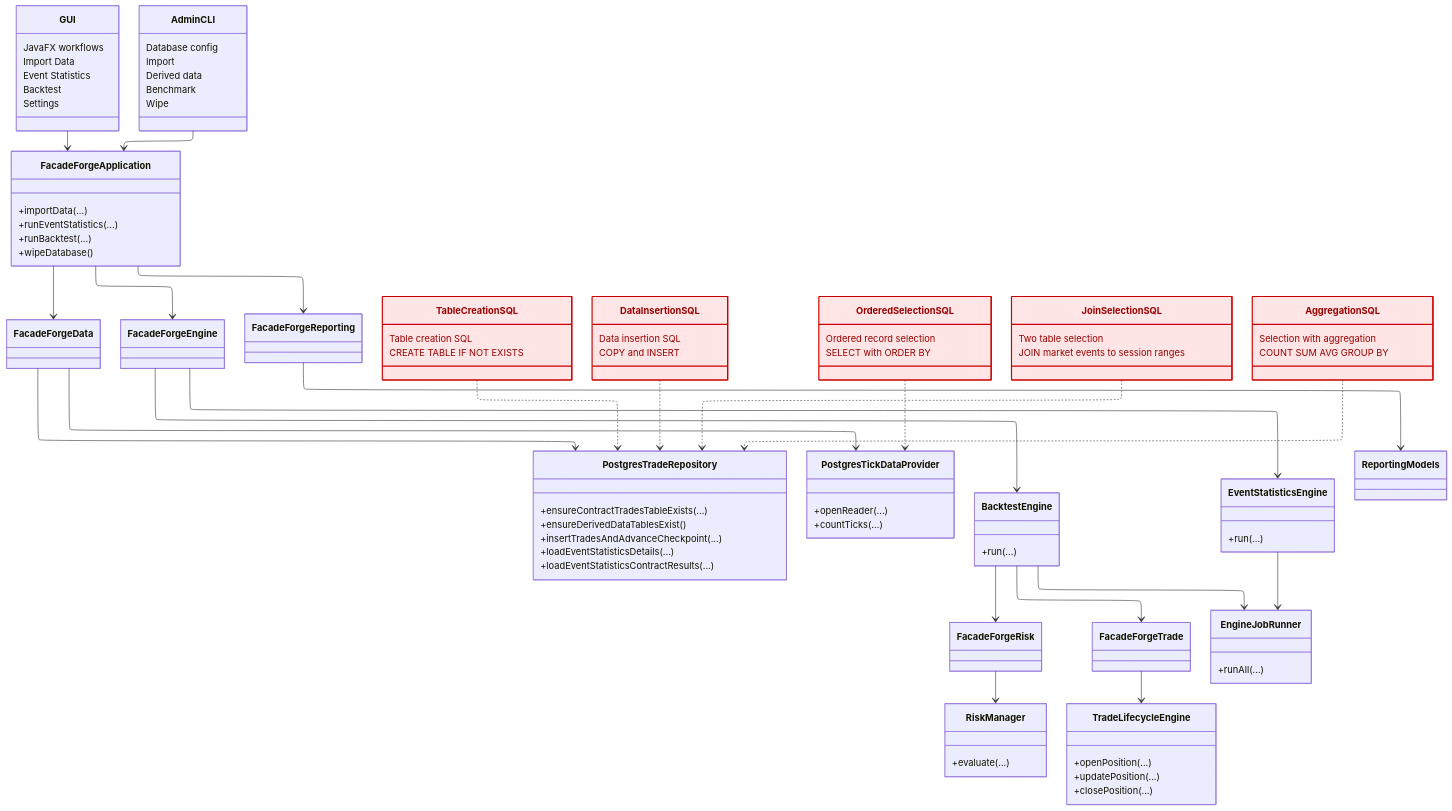
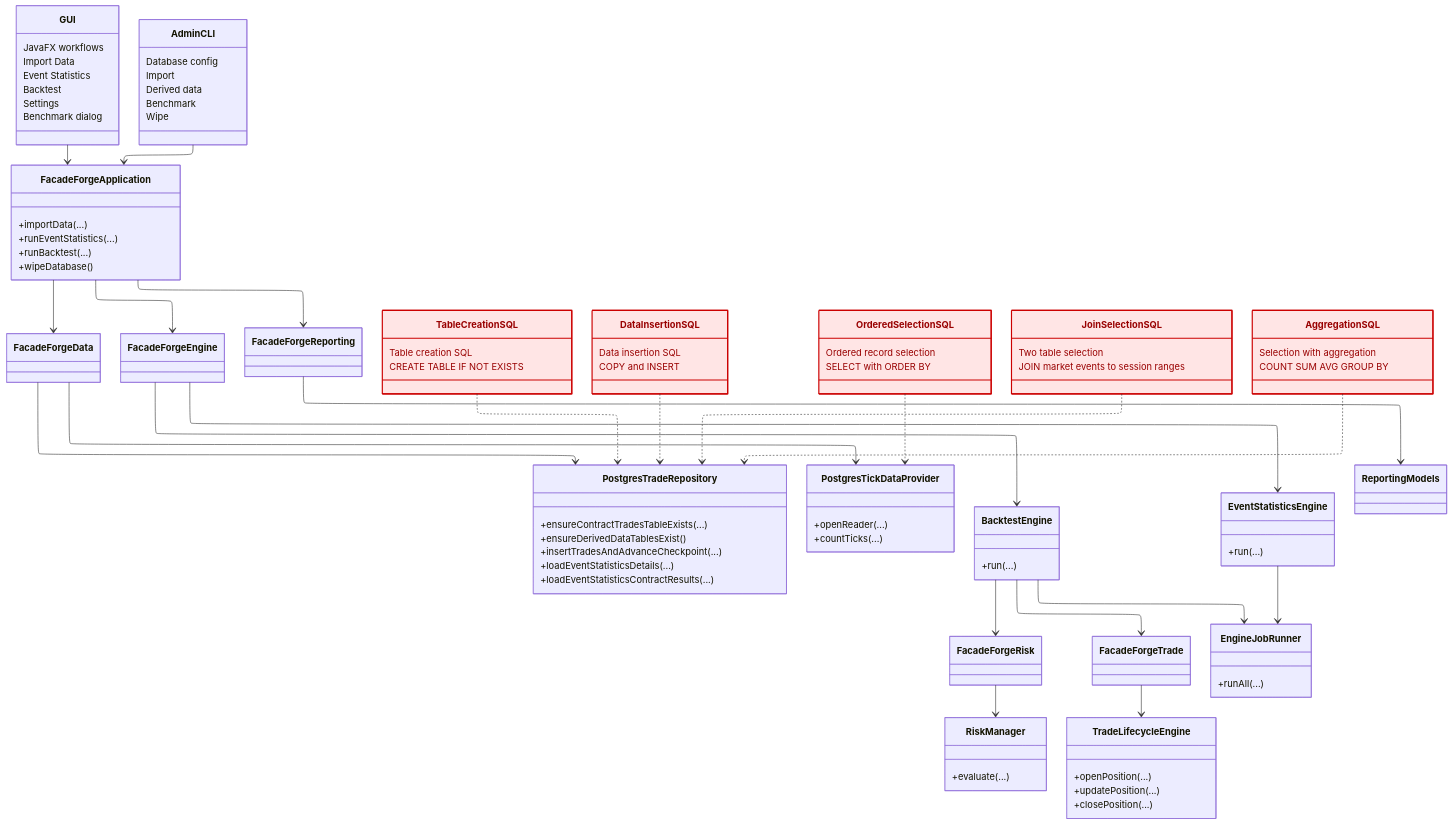
One commit to probst-paul/FORGE changed the diagram in docs/diagrams/class-model.md. Above: the diagram before and after it, drawn with Mermaid. The commit also changed 12 other files, not shown here.

First line of the commit message:
Add GUI benchmark workflow and dialog

```diff
--- a/docs/diagrams/class-model.md
+++ b/docs/diagrams/class-model.md
@@ -14,6 +14,7 @@
         Event Statistics
         Backtest
         Settings
+        Benchmark dialog
     }
 
     class AdminCLI {
```
